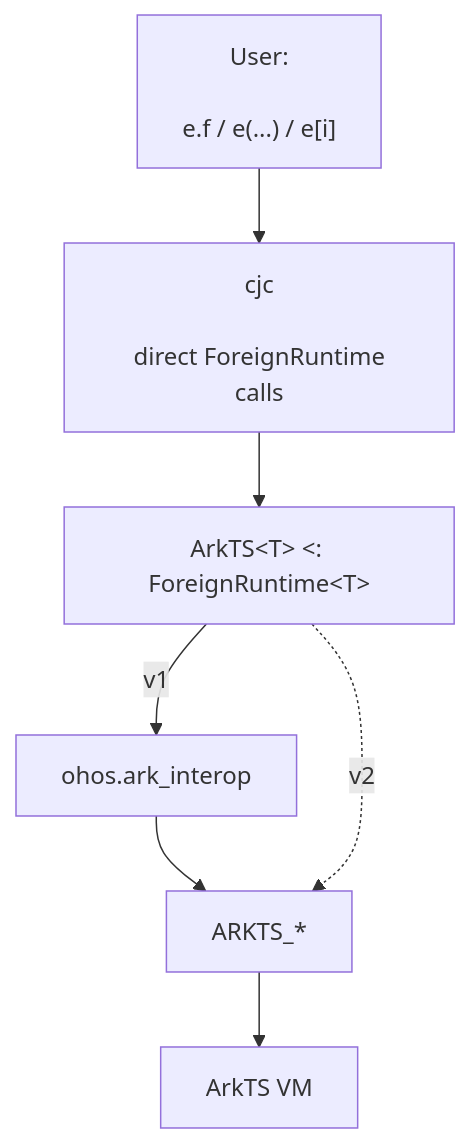
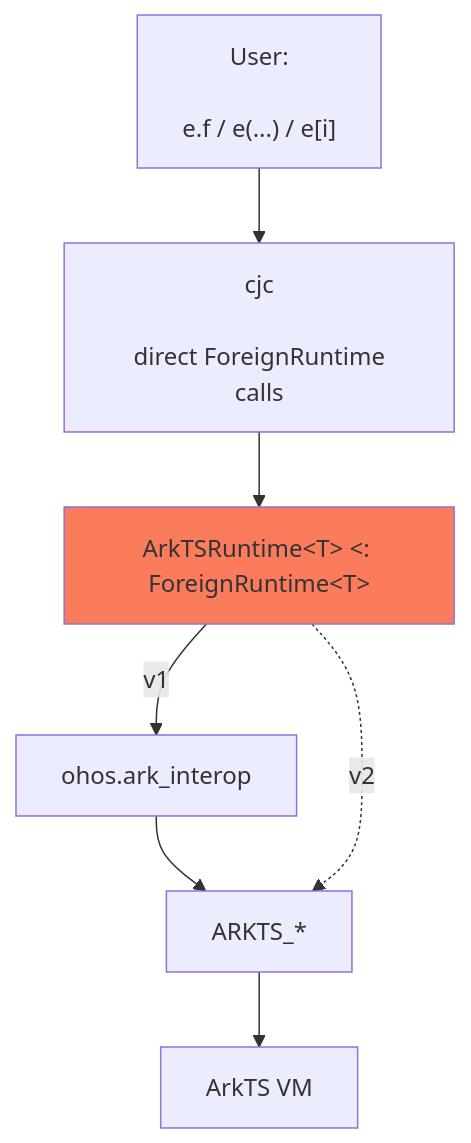
Before and after one commit to CJPLUK/cangjie_extern: the first of 2 diagrams in docs/arkts_runtime_design_simple_model.md, drawn with Mermaid. The commit also changed other lines of this file, not shown here.

````diff
--- a/docs/arkts_runtime_design_simple_model.md
+++ b/docs/arkts_runtime_design_simple_model.md
@@ -23,7 +24,8 @@
 ```mermaid
 flowchart TB
     UC["User:<br/><br/> e.f / e(...) / e[i]"] --> DS["cjc<br/><br/> direct ForeignRuntime calls"]
-    DS --> ARK["ArkTS&lt;T&gt; <: ForeignRuntime&lt;T&gt;"]
+    DS --> ARK["ArkTSRuntime&lt;T&gt; <: ForeignRuntime&lt;T&gt;"]
     ARK -->|"v1"| CTX["ohos.ark_interop"] --> FFI["ARKTS_*"] --> VM["ArkTS VM"]
     ARK -.->|"v2"| FFI
+    style ARK fill:#fa7c5c
 ```
````
